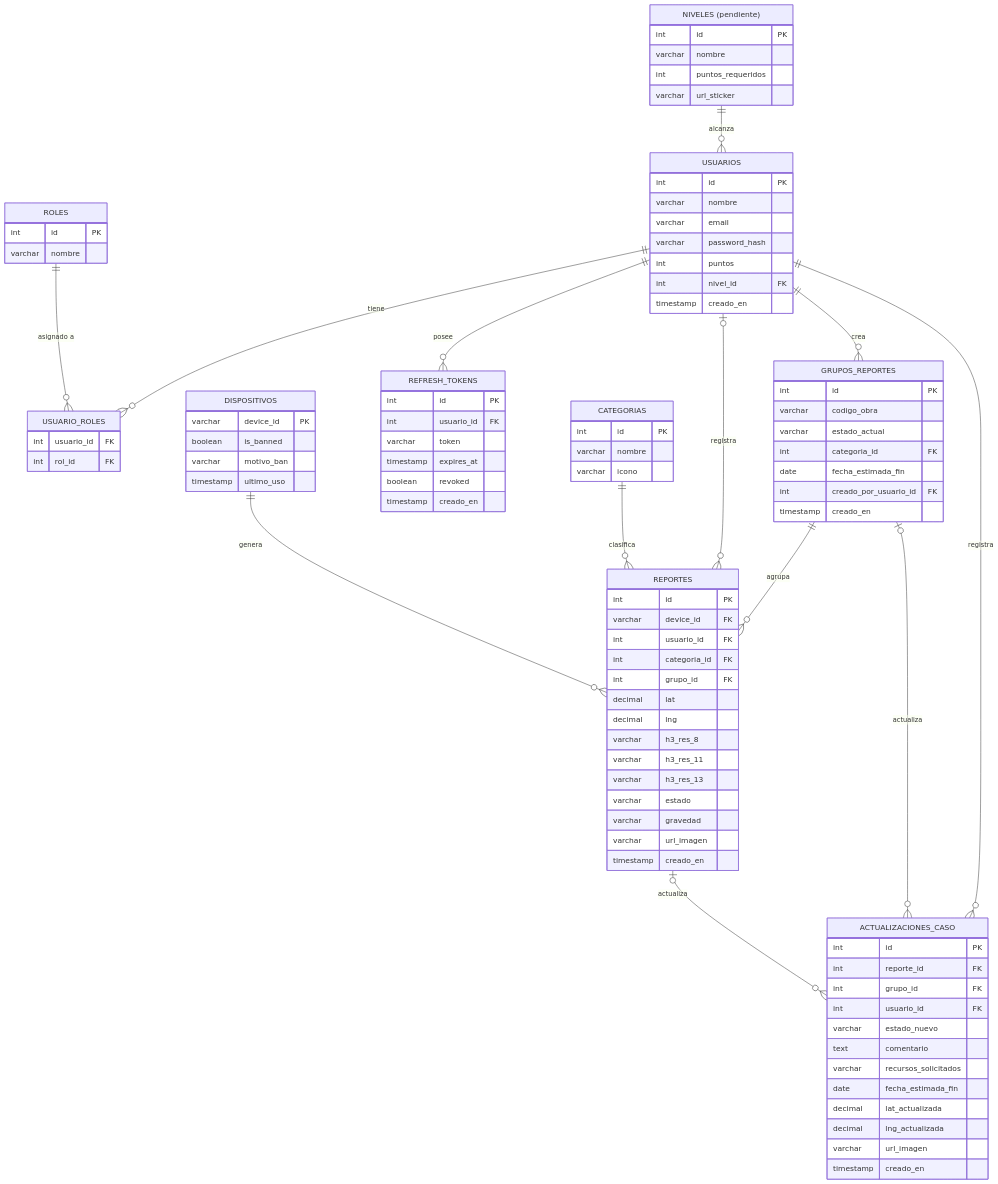
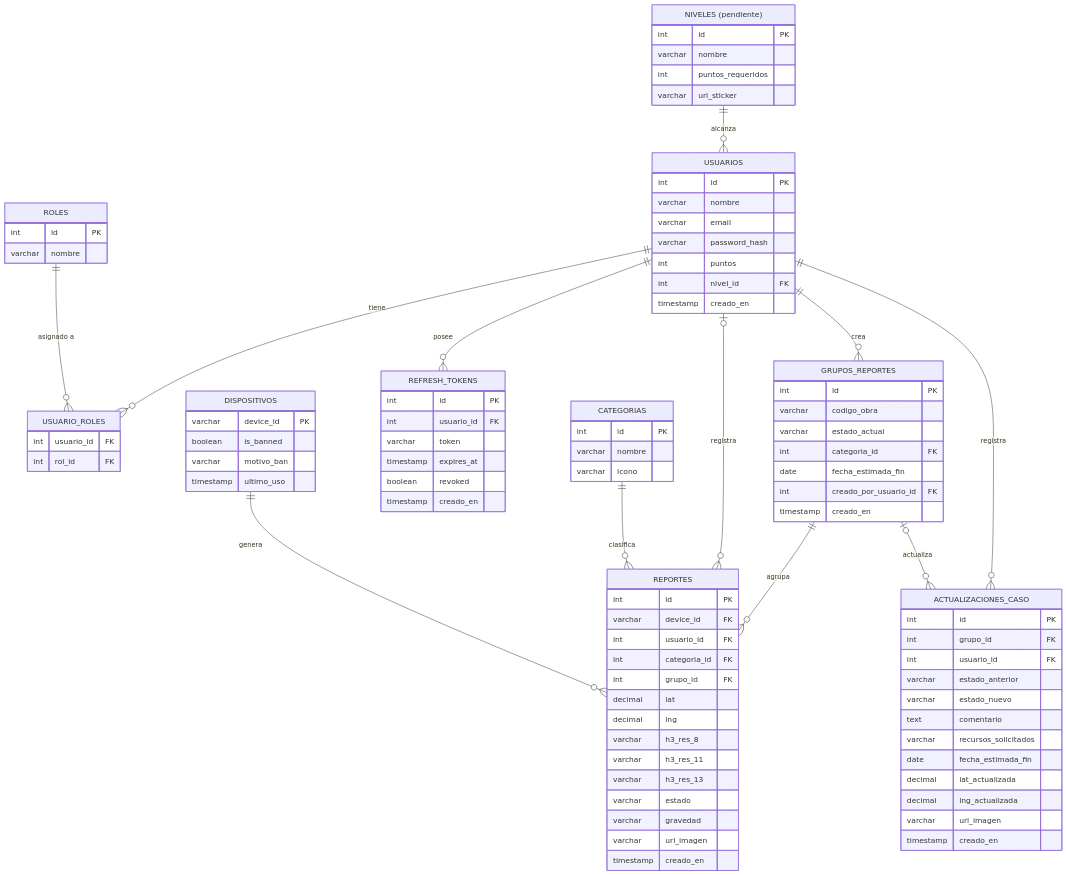
One commit to jhoel0521/Ojo-Camba changed the diagram in docs/modelo_datos.md. Above: the diagram before and after it, drawn with Mermaid. The commit also changed other lines of this file and 2 other files, not shown here.

````diff
--- a/docs/modelo_datos.md
+++ b/docs/modelo_datos.md
@@ -77,9 +77,9 @@
     }
     ACTUALIZACIONES_CASO {
         int id PK
-        int reporte_id FK
         int grupo_id FK
         int usuario_id FK
+        varchar estado_anterior
         varchar estado_nuevo
         text comentario
         varchar recursos_solicitados
@@ -99,7 +99,6 @@
     CATEGORIAS ||--o{ REPORTES : "clasifica"
     GRUPOS_REPORTES ||--o{ REPORTES : "agrupa"
     USUARIOS ||--o{ GRUPOS_REPORTES : "crea"
-    REPORTES |o--o{ ACTUALIZACIONES_CASO : "actualiza"
     GRUPOS_REPORTES |o--o{ ACTUALIZACIONES_CASO : "actualiza"
     USUARIOS ||--o{ ACTUALIZACIONES_CASO : "registra"
 ```
````
